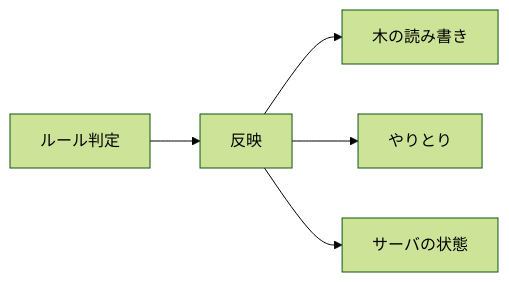
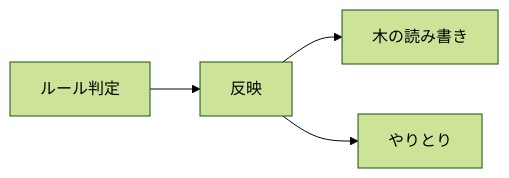
One commit to yamambainc/logiforge changed the diagram in design/backend/merge.md. Above: the diagram before and after it, drawn with Mermaid (forest theme). The commit also changed other lines of this file and 24 other files, not shown here.

````diff
--- a/design/backend/merge.md
+++ b/design/backend/merge.md
@@ -8,7 +8,6 @@
 ```mermaid
 flowchart LR
   RULE["ルール判定"] --> MERGE["反映"]
   MERGE --> P1["木の読み書き"]
   MERGE --> P2["やりとり"]
-  MERGE --> P3["サーバの状態"]
 ```
````
